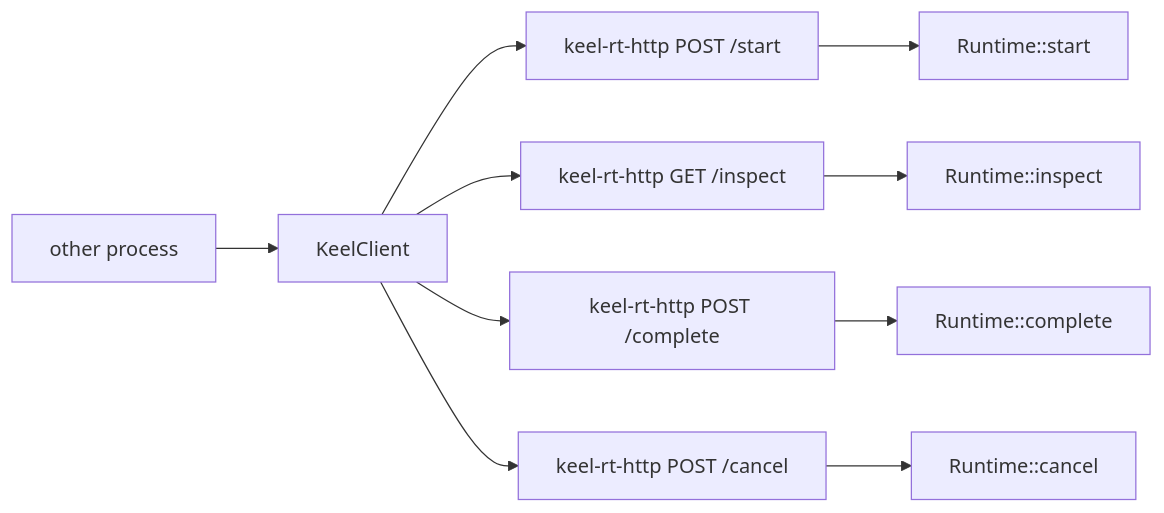
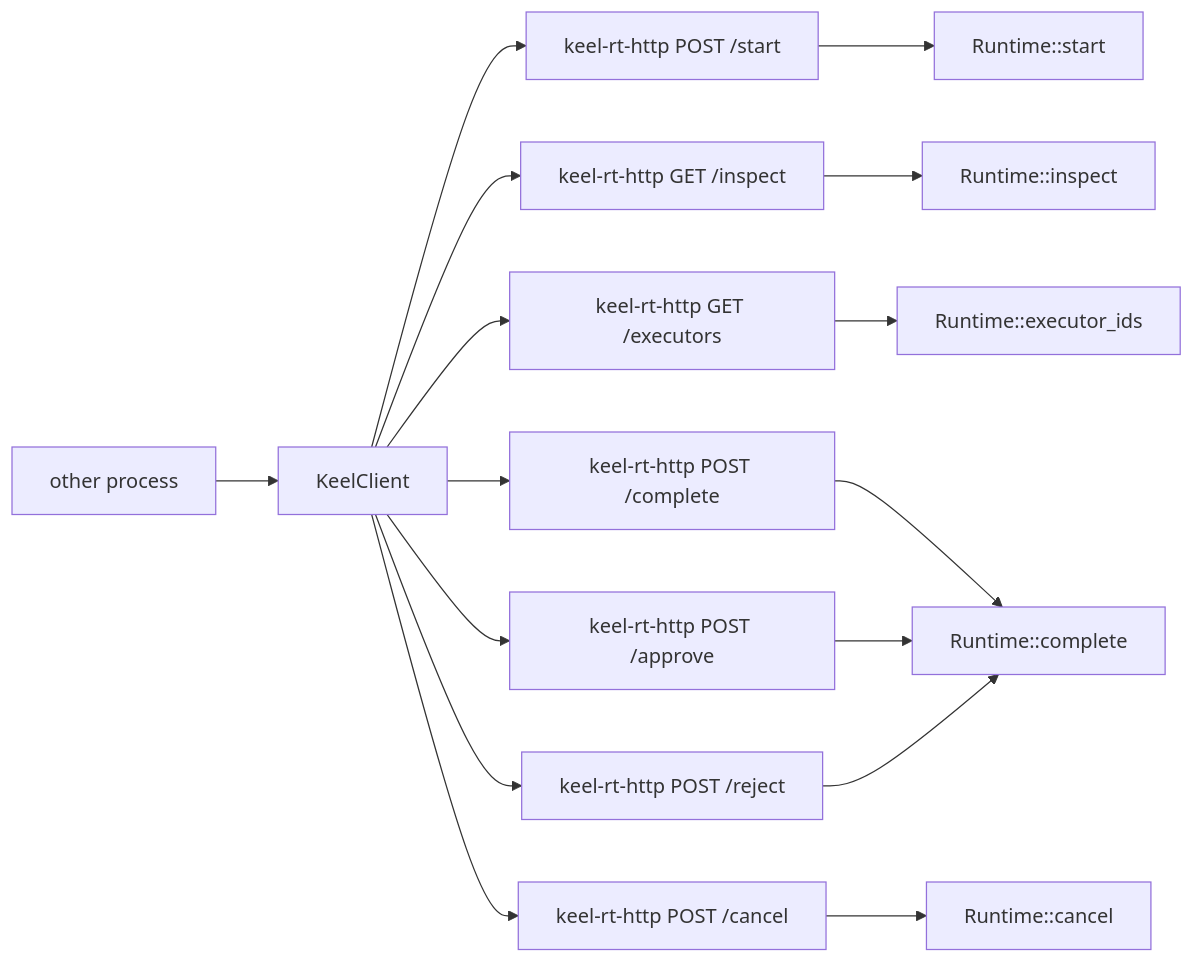
One commit to nessalabs/keel-rt changed the second of 5 diagrams in docs/ARCHITECTURE.md. Above: the diagram before and after it, drawn with Mermaid. The commit also changed other lines of this file and 11 other files, not shown here.

First line of the commit message:
feat: name missing executors, catalog, Succeeded output, /approve

````diff
--- a/docs/ARCHITECTURE.md
+++ b/docs/ARCHITECTURE.md
@@ -120,18 +123,25 @@
 ```mermaid
 flowchart LR
   other[other process]
   client[KeelClient]
   httpStart["keel-rt-http POST /start"]
   httpGet["keel-rt-http GET /inspect"]
+  httpExec["keel-rt-http GET /executors"]
   httpPost["keel-rt-http POST /complete"]
+  httpApprove["keel-rt-http POST /approve"]
+  httpReject["keel-rt-http POST /reject"]
   httpCancel["keel-rt-http POST /cancel"]
   rts["Runtime::start"]
   rti["Runtime::inspect"]
+  rte["Runtime::executor_ids"]
   rtc["Runtime::complete"]
   rtx["Runtime::cancel"]
   other --> client
   client --> httpStart --> rts
   client --> httpGet --> rti
+  client --> httpExec --> rte
   client --> httpPost --> rtc
+  client --> httpApprove --> rtc
+  client --> httpReject --> rtc
   client --> httpCancel --> rtx
 ```
````
